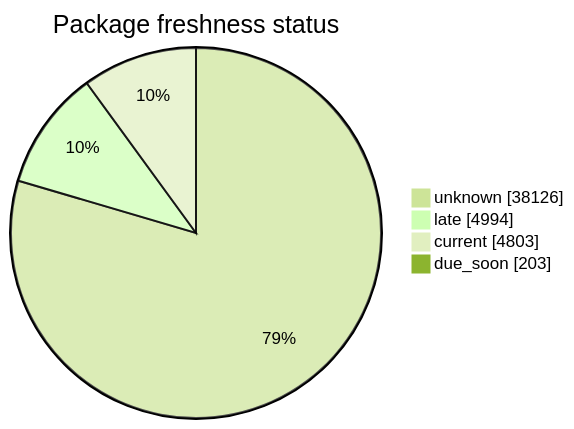
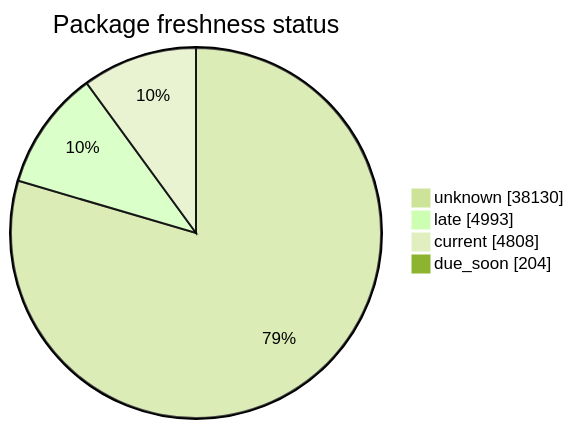
Before and after one commit to open-data/analytics-corporate-reporting: the second of 5 diagrams in FreshCheck/README.md, drawn with Mermaid (forest theme). The commit also changed other lines of this file and 3 other files, not shown here.

````diff
--- a/FreshCheck/README.md
+++ b/FreshCheck/README.md
@@ -68,7 +68,7 @@
 ```mermaid
 pie showData title Package freshness status
-    "unknown": 38126
-    "late": 4994
-    "current": 4803
-    "due_soon": 203
+    "unknown": 38130
+    "late": 4993
+    "current": 4808
+    "due_soon": 204
 ```
````
